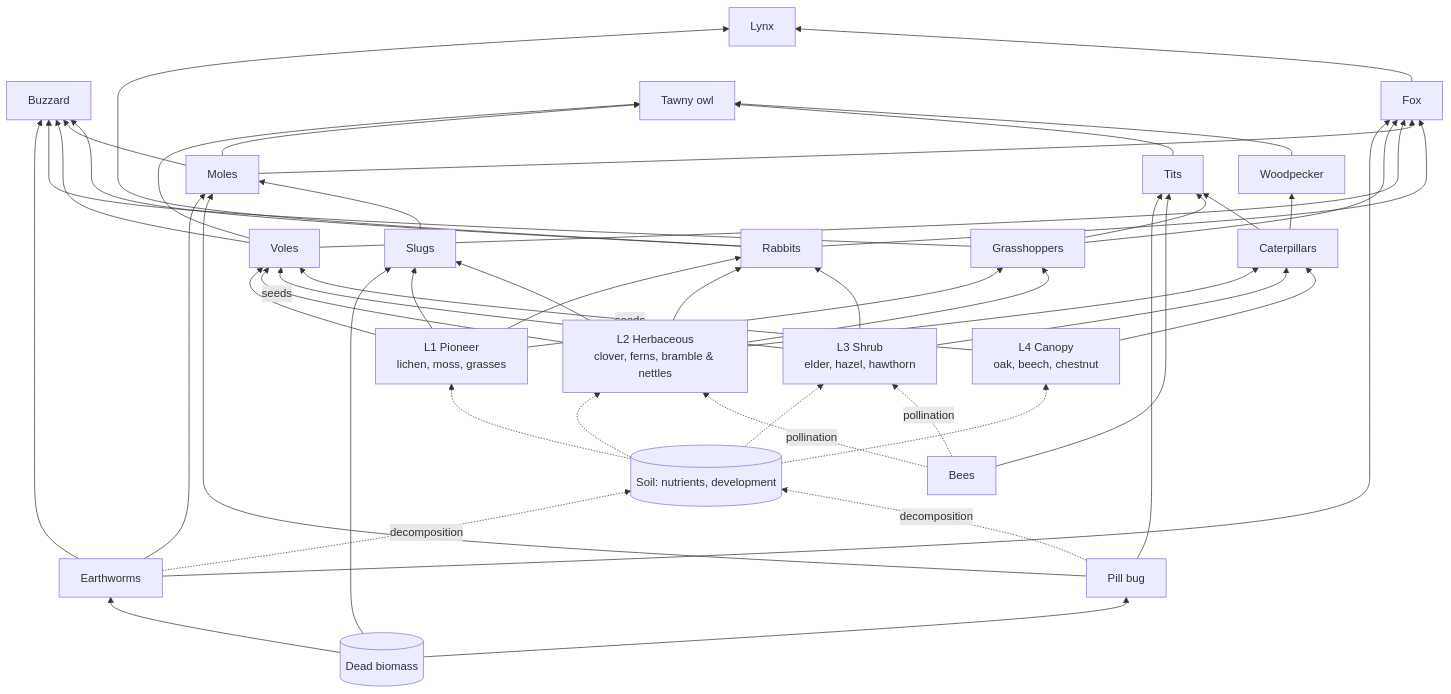
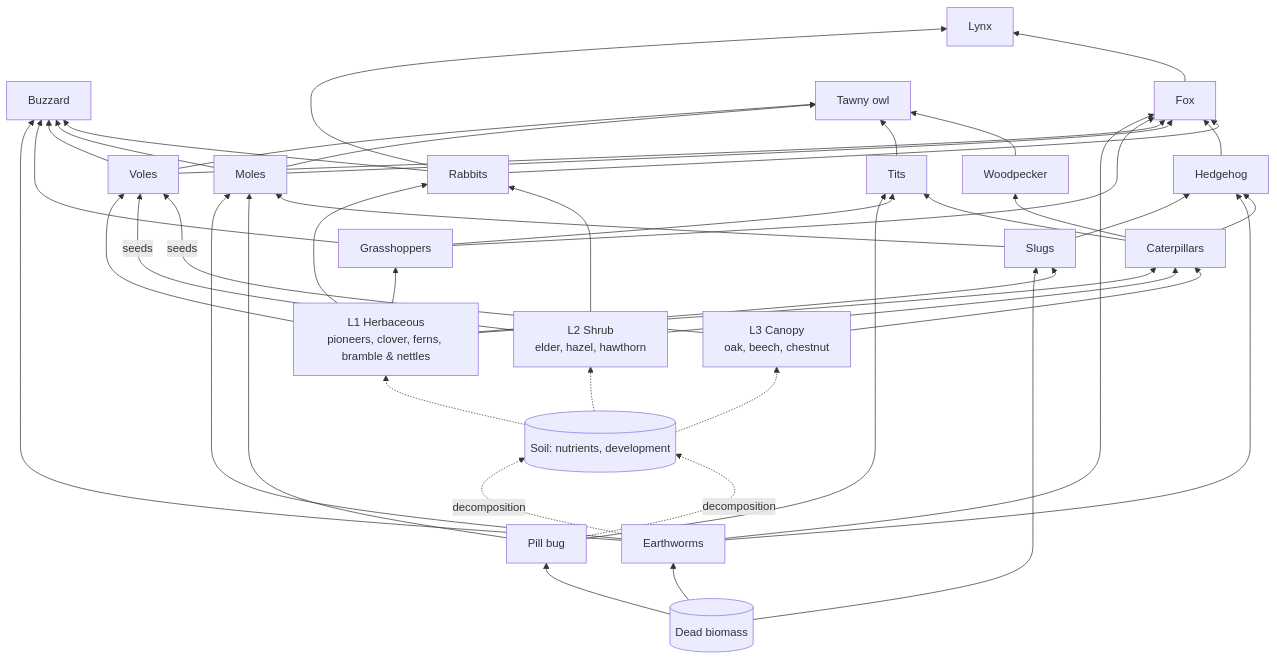
The diagram in data/gamerules.md (NathanProvin/EcoClash), drawn with Mermaid before and after one commit. The commit also changed other lines of this file and 6 other files, not shown here.

````diff
--- a/data/gamerules.md
+++ b/data/gamerules.md
@@ -240,42 +237,40 @@
 ```mermaid
 graph BT
   DEAD[(Dead biomass)]
   SOIL[(Soil: nutrients, development)]
-  L1[L1 Pioneer<br/>lichen, moss, grasses]
-  L2[L2 Herbaceous<br/>clover, ferns, bramble & nettles]
-  L3[L3 Shrub<br/>elder, hazel, hawthorn]
-  L4[L4 Canopy<br/>oak, beech, chestnut]
+  L1[L1 Herbaceous<br/>pioneers, clover, ferns, bramble & nettles]
+  L2[L2 Shrub<br/>elder, hazel, hawthorn]
+  L3[L3 Canopy<br/>oak, beech, chestnut]
   EW[Earthworms]
   PB[Pill bug]
   SL[Slugs]
-  BE[Bees]
   GH[Grasshoppers]
   CA[Caterpillars]
   VO[Voles]
   MO[Moles]
+  HH[Hedgehog]
   RA[Rabbits]
   TI[Tits]
   WP[Woodpecker]
   BU[Buzzard]
   FO[Fox]
   OW[Tawny owl]
   LY[Lynx]
 
   DEAD --> EW & PB & SL
   EW & PB -.->|decomposition| SOIL
-  SOIL -.-> L1 & L2 & L3 & L4
-  L1 --> SL & GH & VO & RA
-  L2 --> SL & GH & VO & RA & CA
-  L3 --> CA & RA
-  L4 --> CA
-  L3 & L4 -->|seeds| VO
-  BE -.->|pollination| L2 & L3
+  SOIL -.-> L1 & L2 & L3
+  L1 --> SL & GH & VO & RA & CA
+  L2 --> CA & RA
+  L3 --> CA
+  L2 & L3 -->|seeds| VO
   EW & PB & SL --> MO
-  PB & BE & GH & CA --> TI
+  SL & EW & CA --> HH
+  PB & GH & CA --> TI
   CA --> WP
   EW & GH & VO & MO & RA --> BU
-  EW & GH & VO & MO & RA --> FO
+  EW & GH & VO & MO & HH & RA --> FO
   VO & MO & TI & WP --> OW
   RA & FO --> LY
 
 ```
````
